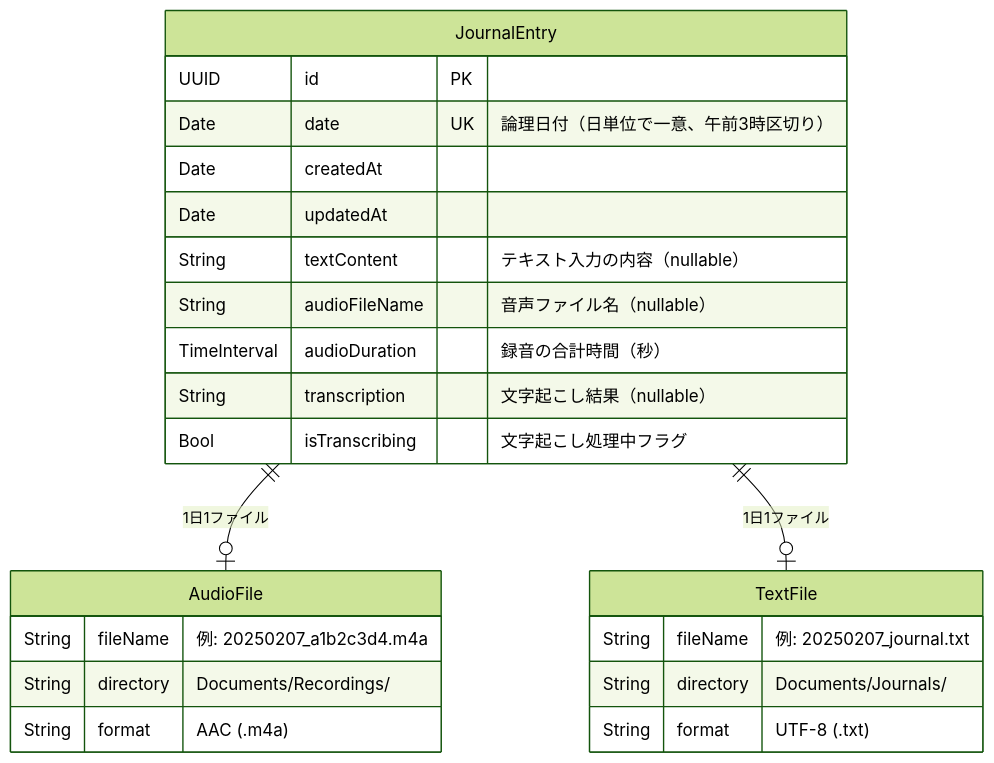
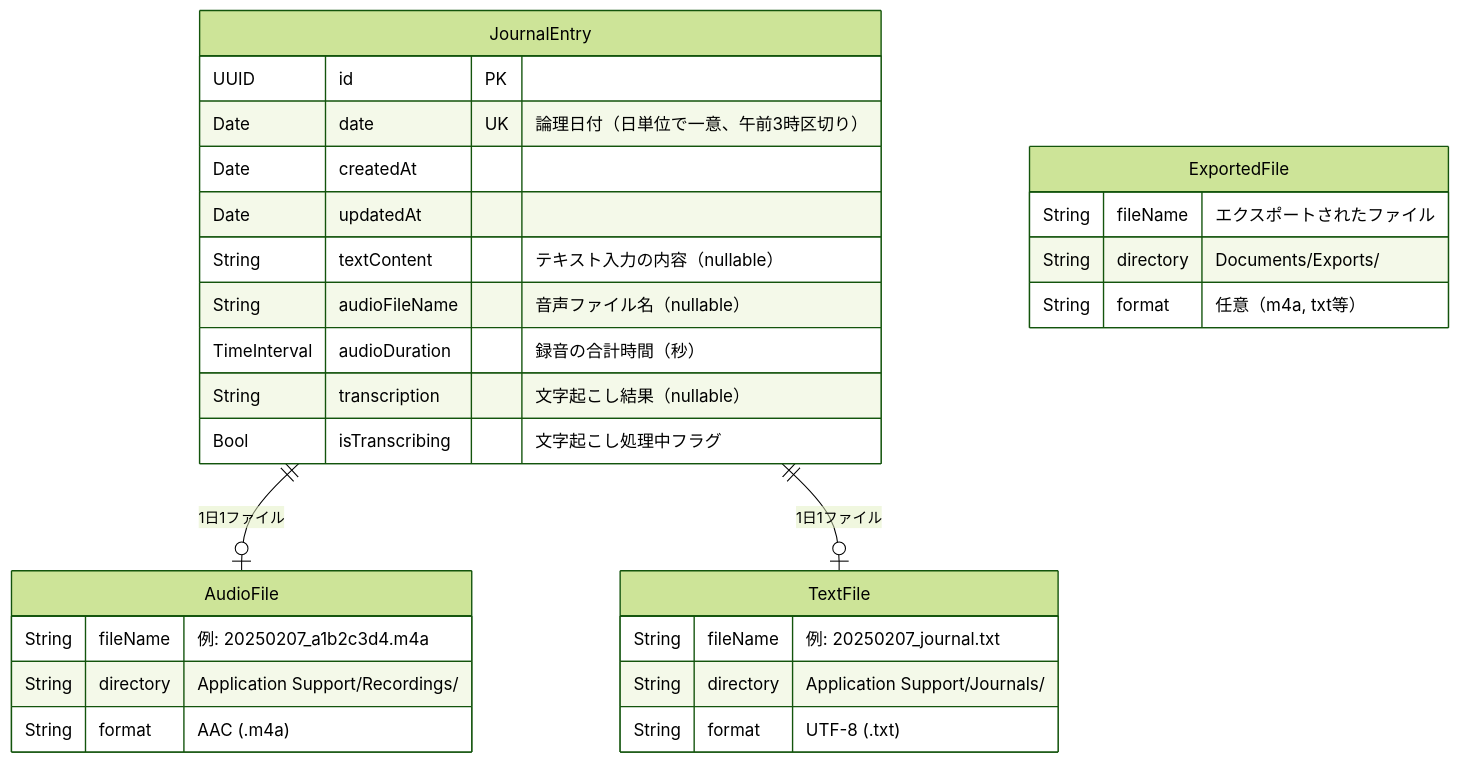
One commit to sy-hash/mind-echo changed the diagram in docs/design-prompt.md. Above: the diagram before and after it, drawn with Mermaid (forest theme). The commit also changed other lines of this file, not shown here.

````diff
--- a/docs/design-prompt.md
+++ b/docs/design-prompt.md
@@ -46,29 +46,35 @@
 ```mermaid
 erDiagram
     JournalEntry {
         UUID id PK
         Date date UK "論理日付（日単位で一意、午前3時区切り）"
         Date createdAt
         Date updatedAt
         String textContent "テキスト入力の内容（nullable）"
         String audioFileName "音声ファイル名（nullable）"
         TimeInterval audioDuration "録音の合計時間（秒）"
         String transcription "文字起こし結果（nullable）"
         Bool isTranscribing "文字起こし処理中フラグ"
     }
 
     JournalEntry ||--o| AudioFile : "1日1ファイル"
     JournalEntry ||--o| TextFile : "1日1ファイル"
 
     AudioFile {
         String fileName "例: 20250207_a1b2c3d4.m4a"
-        String directory "Documents/Recordings/"
+        String directory "Application Support/Recordings/"
         String format "AAC (.m4a)"
     }
 
     TextFile {
         String fileName "例: 20250207_journal.txt"
-        String directory "Documents/Journals/"
+        String directory "Application Support/Journals/"
         String format "UTF-8 (.txt)"
     }
+
+    ExportedFile {
+        String fileName "エクスポートされたファイル"
+        String directory "Documents/Exports/"
+        String format "任意（m4a, txt等）"
+    }
 ```
````
